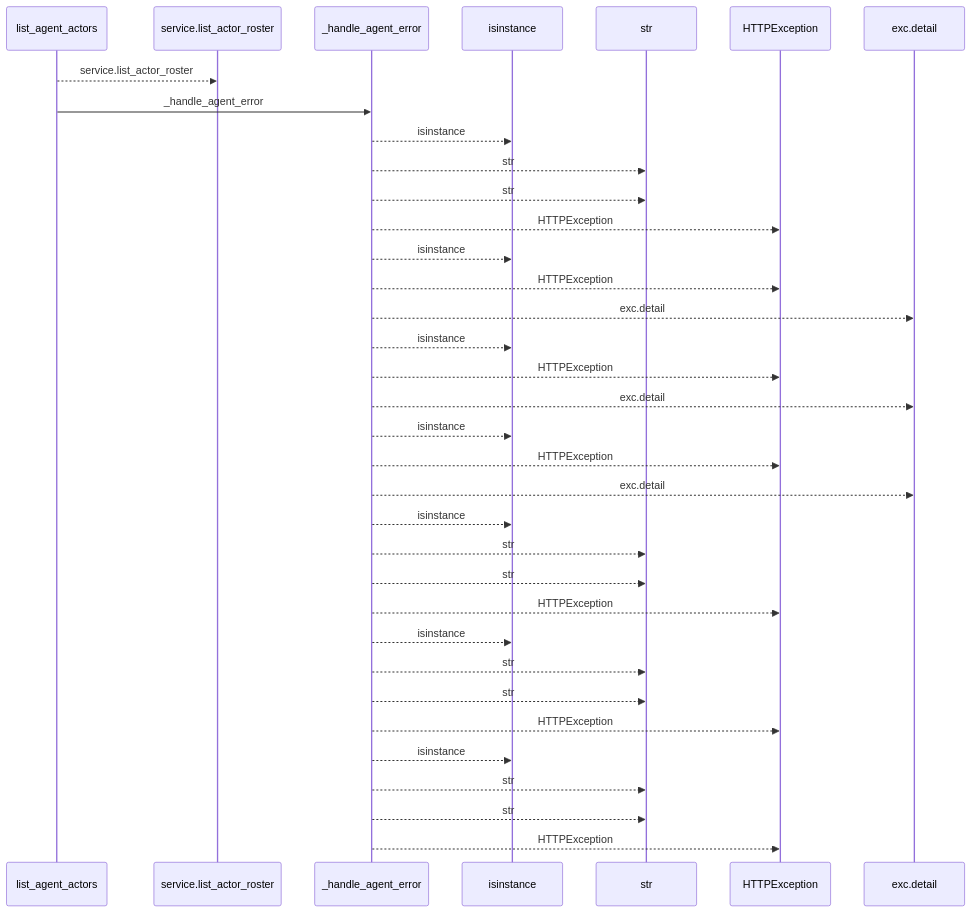
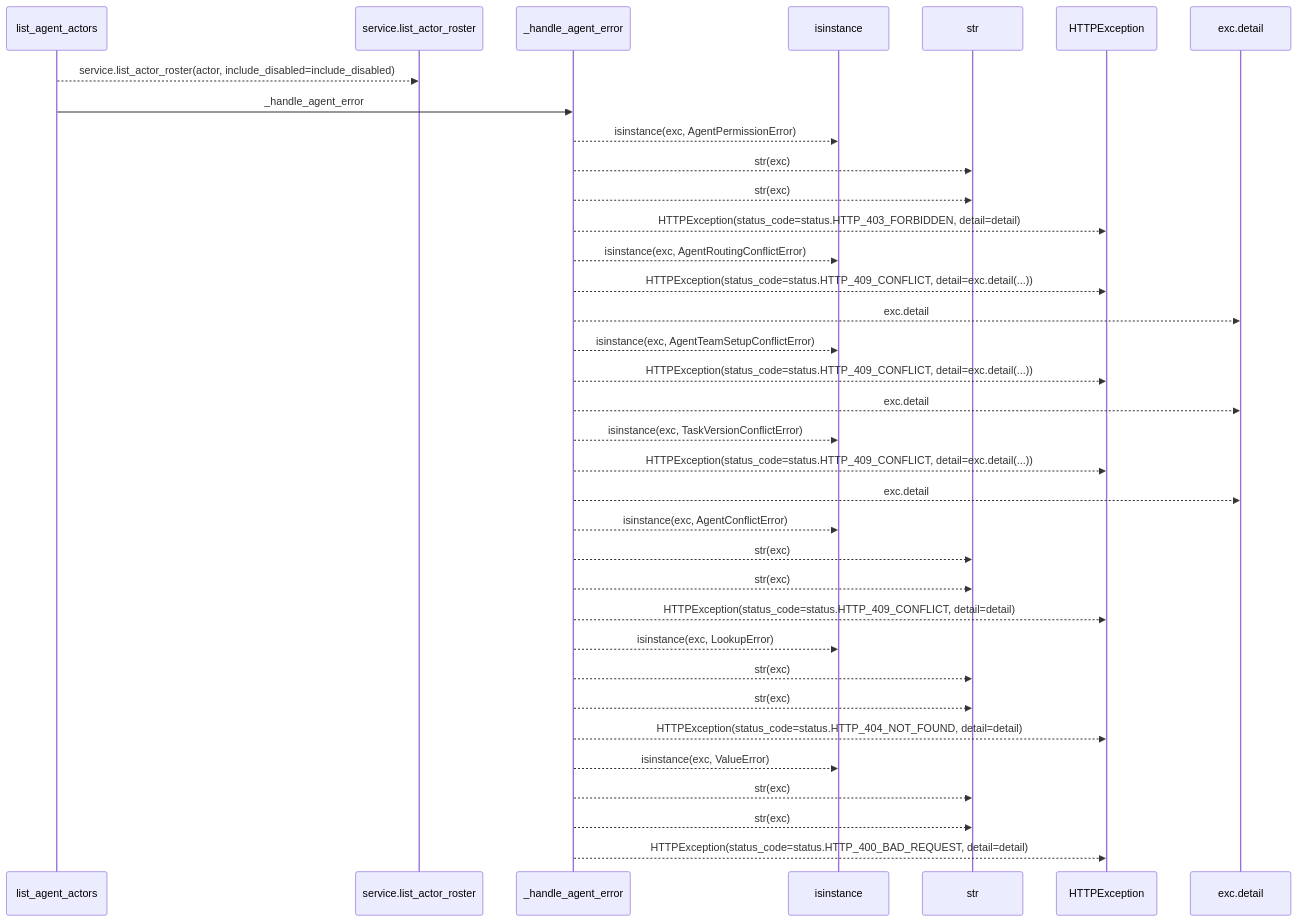
The first of 2 diagrams in docs/llm_wiki/flows/http-list_agent_actors.md (Denissvgn/WorkChord), drawn with Mermaid before and after one commit. The commit also changed other lines of this file and 25171 other files, not shown here.

````diff
--- a/docs/llm_wiki/flows/http-list_agent_actors.md
+++ b/docs/llm_wiki/flows/http-list_agent_actors.md
@@ -10,37 +12,37 @@
 ```mermaid
 sequenceDiagram
     participant p0 as list_agent_actors
     participant p1 as service.list_actor_roster
     participant p2 as _handle_agent_error
     participant p3 as isinstance
     participant p4 as str
     participant p5 as HTTPException
     participant p6 as exc.detail
-    p0-->>p1: service.list_actor_roster
+    p0-->>p1: service.list_actor_roster(actor, include_disabled=include_disabled)
     p0->>p2: _handle_agent_error
-    p2-->>p3: isinstance
-    p2-->>p4: str
-    p2-->>p4: str
-    p2-->>p5: HTTPException
-    p2-->>p3: isinstance
-    p2-->>p5: HTTPException
+    p2-->>p3: isinstance(exc, AgentPermissionError)
+    p2-->>p4: str(exc)
+    p2-->>p4: str(exc)
+    p2-->>p5: HTTPException(status_code=status.HTTP_403_FORBIDDEN, detail=detail)
+    p2-->>p3: isinstance(exc, AgentRoutingConflictError)
+    p2-->>p5: HTTPException(status_code=status.HTTP_409_CONFLICT, detail=exc.detail(...))
     p2-->>p6: exc.detail
-    p2-->>p3: isinstance
-    p2-->>p5: HTTPException
+    p2-->>p3: isinstance(exc, AgentTeamSetupConflictError)
+    p2-->>p5: HTTPException(status_code=status.HTTP_409_CONFLICT, detail=exc.detail(...))
     p2-->>p6: exc.detail
-    p2-->>p3: isinstance
-    p2-->>p5: HTTPException
+    p2-->>p3: isinstance(exc, TaskVersionConflictError)
+    p2-->>p5: HTTPException(status_code=status.HTTP_409_CONFLICT, detail=exc.detail(...))
     p2-->>p6: exc.detail
-    p2-->>p3: isinstance
-    p2-->>p4: str
-    p2-->>p4: str
-    p2-->>p5: HTTPException
-    p2-->>p3: isinstance
-    p2-->>p4: str
-    p2-->>p4: str
-    p2-->>p5: HTTPException
-    p2-->>p3: isinstance
-    p2-->>p4: str
-    p2-->>p4: str
-    p2-->>p5: HTTPException
+    p2-->>p3: isinstance(exc, AgentConflictError)
+    p2-->>p4: str(exc)
+    p2-->>p4: str(exc)
+    p2-->>p5: HTTPException(status_code=status.HTTP_409_CONFLICT, detail=detail)
+    p2-->>p3: isinstance(exc, LookupError)
+    p2-->>p4: str(exc)
+    p2-->>p4: str(exc)
+    p2-->>p5: HTTPException(status_code=status.HTTP_404_NOT_FOUND, detail=detail)
+    p2-->>p3: isinstance(exc, ValueError)
+    p2-->>p4: str(exc)
+    p2-->>p4: str(exc)
+    p2-->>p5: HTTPException(status_code=status.HTTP_400_BAD_REQUEST, detail=detail)
 ```
````
